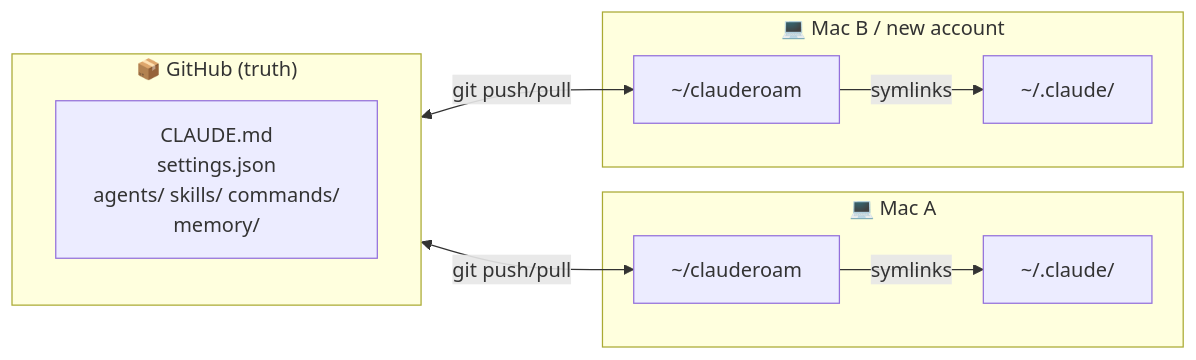
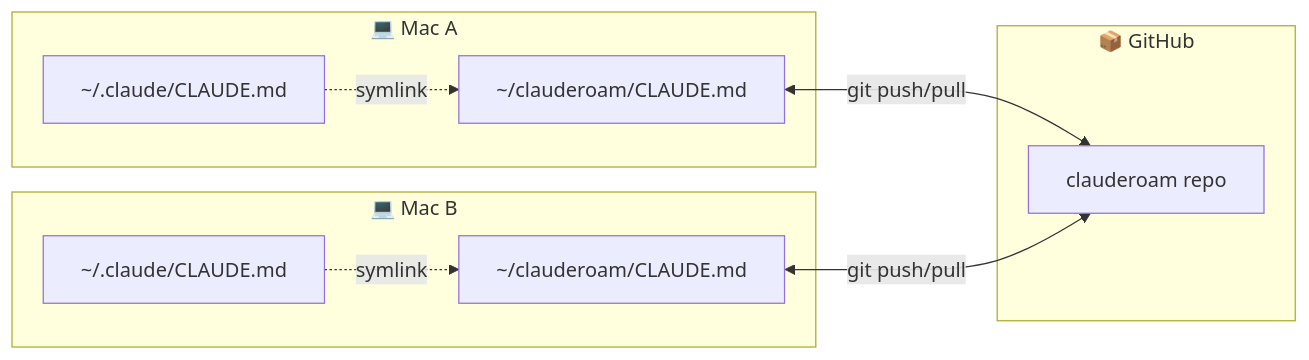
One commit to YunyueLi/clauderoam changed the third of 3 diagrams in README.md. Above: the diagram before and after it, drawn with Mermaid. The commit also changed other lines of this file and 2 other files, not shown here.

````diff
--- a/README.md
+++ b/README.md
@@ -35,14 +93,14 @@
 ```mermaid
 flowchart LR
-    subgraph GH["📦 GitHub (truth)"]
-      A["CLAUDE.md<br/>settings.json<br/>agents/ skills/ commands/<br/>memory/"]
+    subgraph M1["💻 Mac A"]
+      CC1["~/.claude/CLAUDE.md"] -.symlink.-> R1["~/clauderoam/CLAUDE.md"]
     end
-    subgraph M1["💻 Mac A"]
-      B["~/clauderoam"] -->|symlinks| C["~/.claude/"]
+    subgraph M2["💻 Mac B"]
+      CC2["~/.claude/CLAUDE.md"] -.symlink.-> R2["~/clauderoam/CLAUDE.md"]
     end
-    subgraph M2["💻 Mac B / new account"]
-      D["~/clauderoam"] -->|symlinks| E["~/.claude/"]
+    subgraph GH["📦 GitHub"]
+      G["clauderoam repo"]
     end
-    GH <-->|git push/pull| B
-    GH <-->|git push/pull| D
+    R1 <-->|git push/pull| G
+    R2 <-->|git push/pull| G
 ```
````
